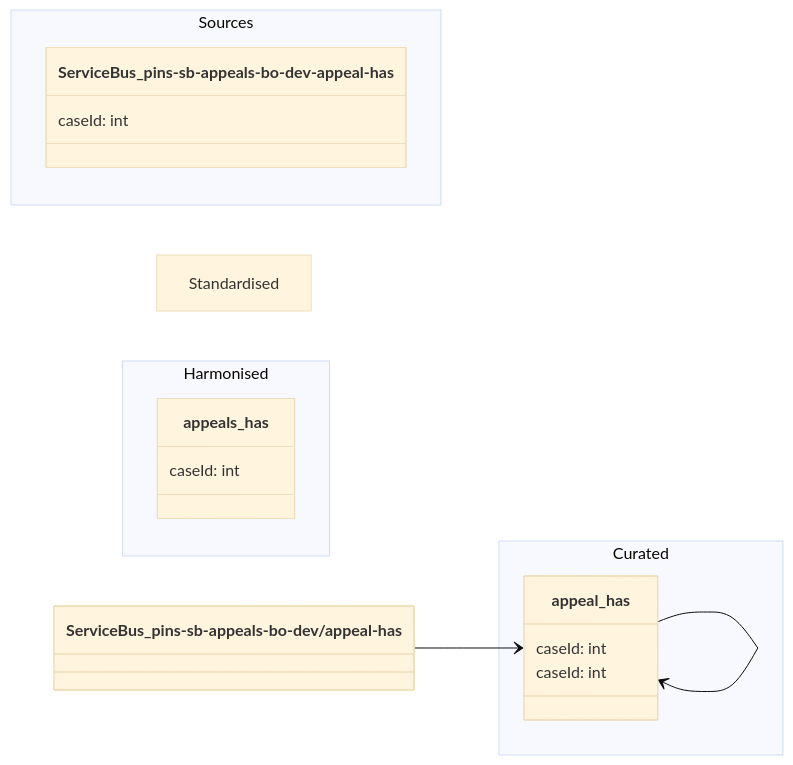
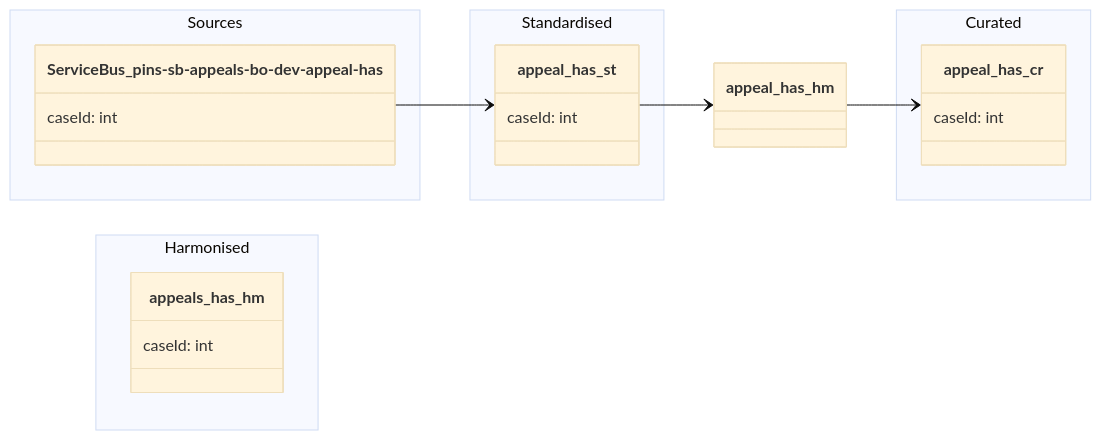
The diagram in data-models/appeal-has.md (Planning-Inspectorate/ODW-Service), drawn with Mermaid (base theme) before and after one commit.

Commit message:
Appeals-has data model

````diff
--- a/data-models/appeal-has.md
+++ b/data-models/appeal-has.md
@@ -7,43 +7,43 @@
 ```mermaid
 
 classDiagram
 
     direction LR
 
     namespace Sources {
 
         class ServiceBus_pins-sb-appeals-bo-dev-appeal-has {
             caseId: int
         }
 
     }
     
     namespace Standardised {
 
-        class appeal_has {
+        class appeal_has_st {
             caseId: int
         }
     }
 
     namespace Harmonised {
 
-        class appeals_has {
+        class appeals_has_hm {
             caseId: int
         }
 
     }
 
     namespace Curated {
 
-        class appeal_has {
+        class appeal_has_cr {
             caseId: int
         }
 
     }
 
-`ServiceBus_pins-sb-appeals-bo-dev/appeal-has` --> `appeal_has`
-`appeal_has` --> `appeal_has`
-`appeal_has` --> `appeal_has`
+`ServiceBus_pins-sb-appeals-bo-dev-appeal-has` --> `appeal_has_st`
+`appeal_has_st` --> `appeal_has_hm`
+`appeal_has_hm` --> `appeal_has_cr`
 
 
 ```
````
